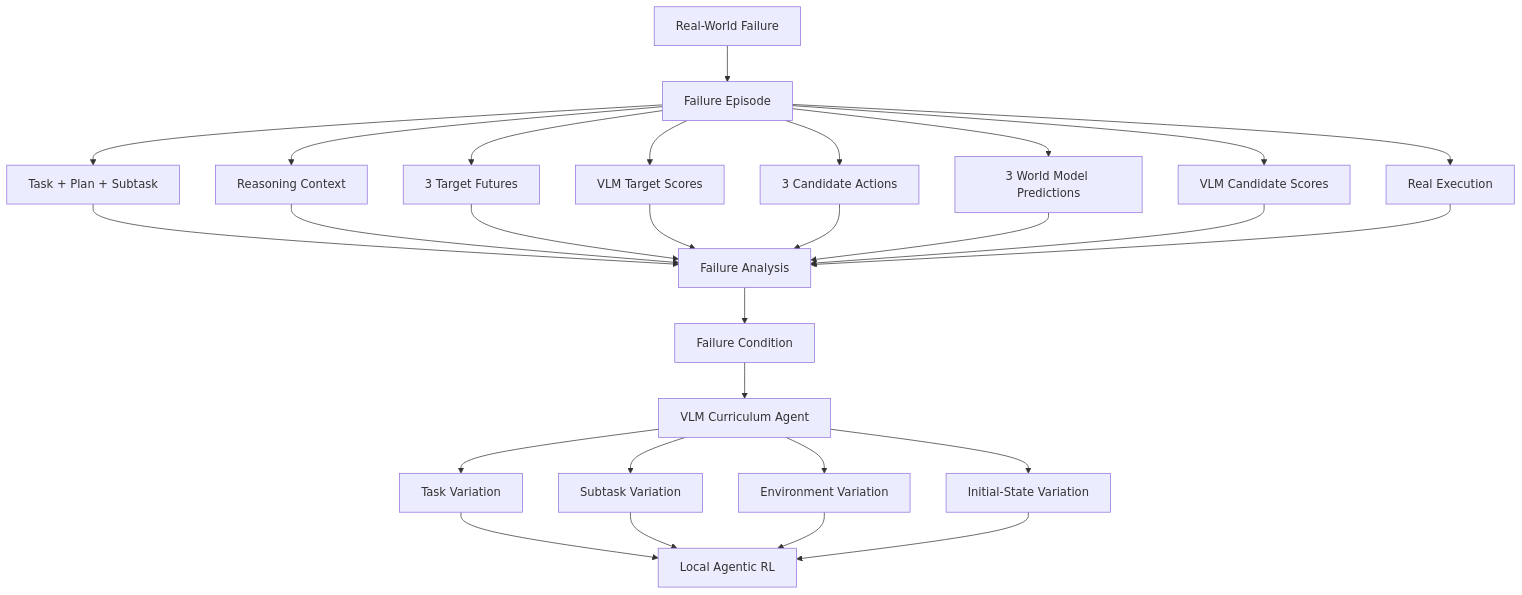
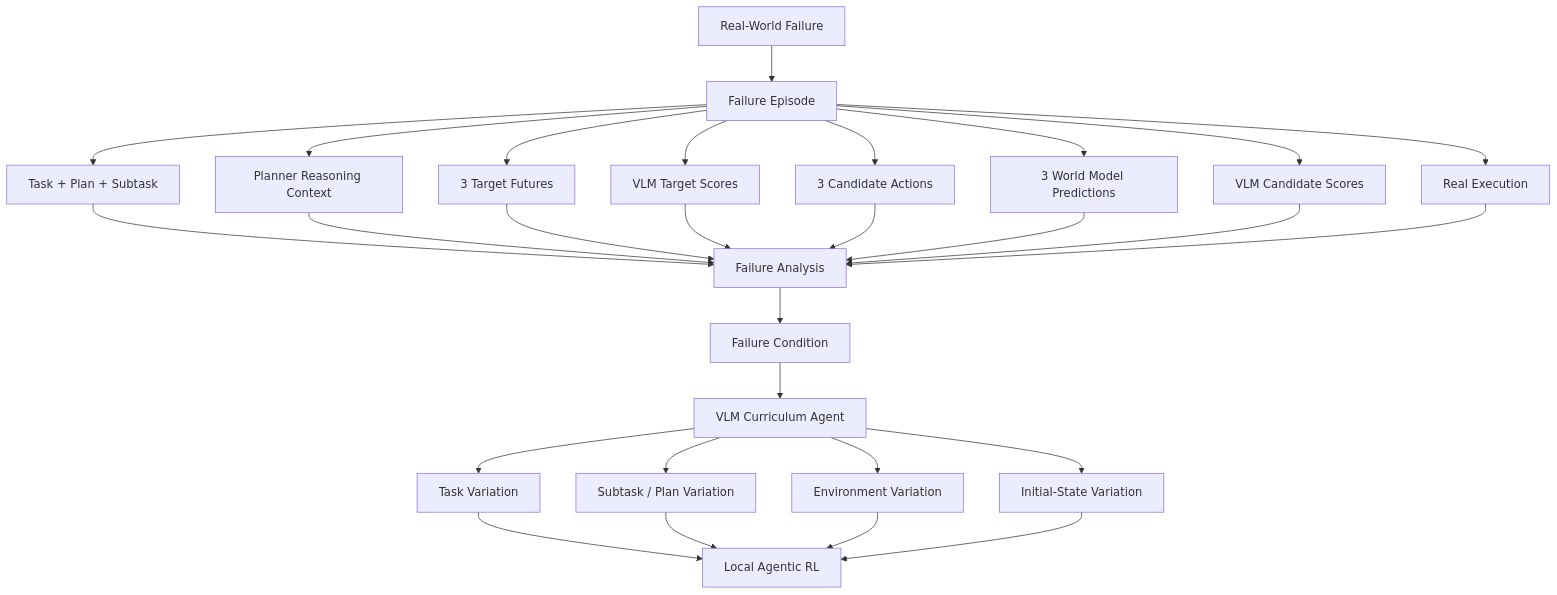
The ninth of 12 diagrams in docs/specs/post-demo/lunch_robotics.md (Freelunch-AI/freelunch-ide), drawn with Mermaid before and after one commit. The commit also changed other lines of this file, not shown here.

````diff
--- a/docs/specs/post-demo/lunch_robotics.md
+++ b/docs/specs/post-demo/lunch_robotics.md
@@ -2206,36 +2010,30 @@
 ```mermaid
 flowchart TD
     A["Real-World Failure"] --> B["Failure Episode"]
-
     B --> C["Task + Plan + Subtask"]
-    B --> D["Reasoning Context"]
+    B --> D["Planner Reasoning Context"]
     B --> E["3 Target Futures"]
     B --> F["VLM Target Scores"]
     B --> G["3 Candidate Actions"]
     B --> H["3 World Model Predictions"]
     B --> I["VLM Candidate Scores"]
     B --> J["Real Execution"]
-
     C --> K["Failure Analysis"]
     D --> K
     E --> K
     F --> K
     G --> K
     H --> K
     I --> K
     J --> K
-
     K --> L["Failure Condition"]
-
     L --> M["VLM Curriculum Agent"]
-
     M --> N["Task Variation"]
-    M --> O["Subtask Variation"]
+    M --> O["Subtask / Plan Variation"]
     M --> P["Environment Variation"]
     M --> Q["Initial-State Variation"]
-
     N --> R["Local Agentic RL"]
     O --> R
     P --> R
     Q --> R
 ```
````
